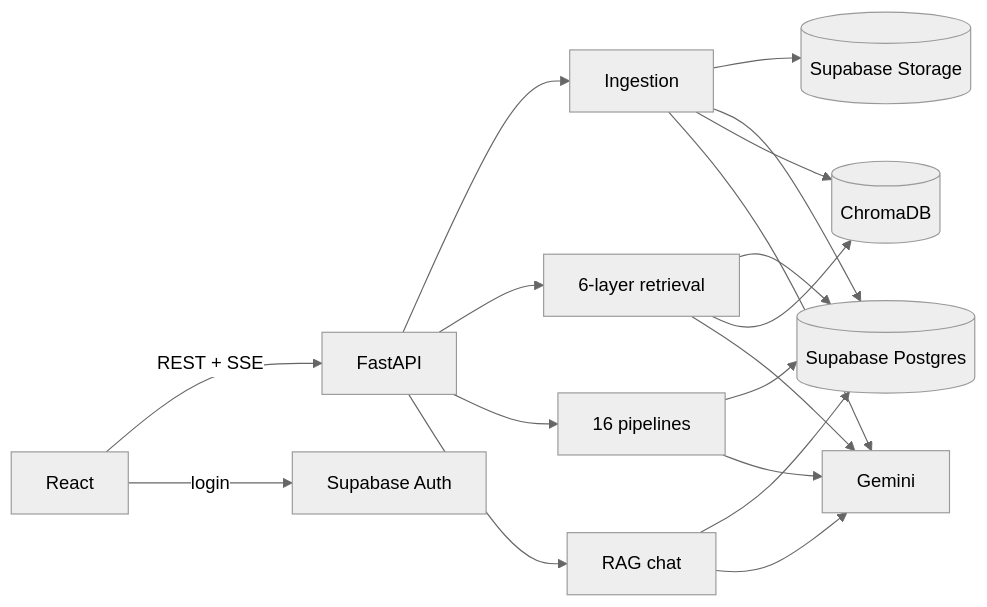
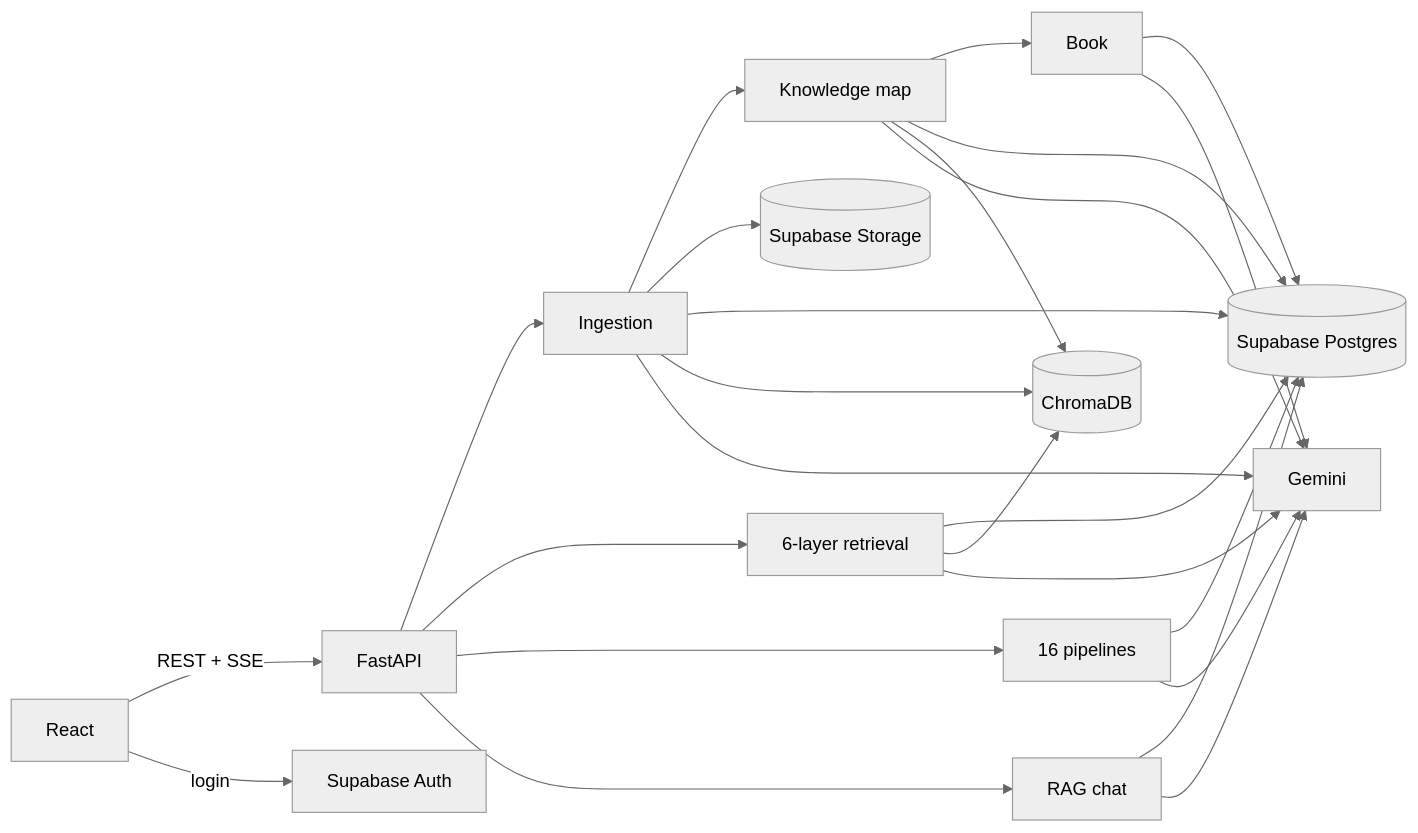
Before and after one commit to Lukey-7/StudyForge: the diagram in README.md, drawn with Mermaid (neutral theme). The commit also changed other lines of this file and 2 other files, not shown here.

Commit message:
docs: knowledge map and book in README, study guide and architecture
Study guide section 8b (how it works, measured results on a real notebook,
trade-offs, what real testing found, 5 interview questions), resume map rows,
viva paragraph, test counts. Architecture flow (d): a source is added ->
knowledge map -> book sections updated.

````diff
--- a/README.md
+++ b/README.md
@@ -30,10 +33,11 @@
 ```mermaid
 flowchart LR
   UI[React] -- REST + SSE --> API[FastAPI]
   UI -- login --> AUTH[Supabase Auth]
   API --> ING[Ingestion] & RET[6-layer retrieval] & GEN[16 pipelines] & CHAT[RAG chat]
+  ING --> KM[Knowledge map] --> BOOK[Book]
   ING --> ST[(Supabase Storage)]
-  ING & RET & GEN & CHAT --> PG[(Supabase Postgres)]
-  ING & RET --> CH[(ChromaDB)]
-  ING & RET & GEN & CHAT --> GEM[Gemini]
+  ING & RET & GEN & CHAT & KM & BOOK --> PG[(Supabase Postgres)]
+  ING & RET & KM --> CH[(ChromaDB)]
+  ING & RET & GEN & CHAT & KM & BOOK --> GEM[Gemini]
 ```
````
